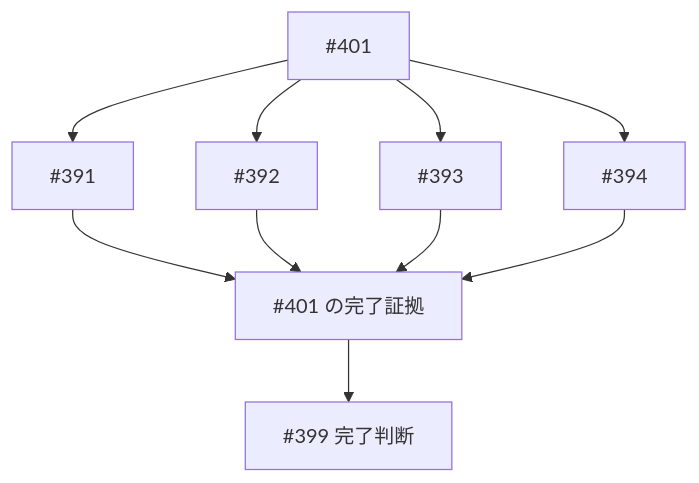
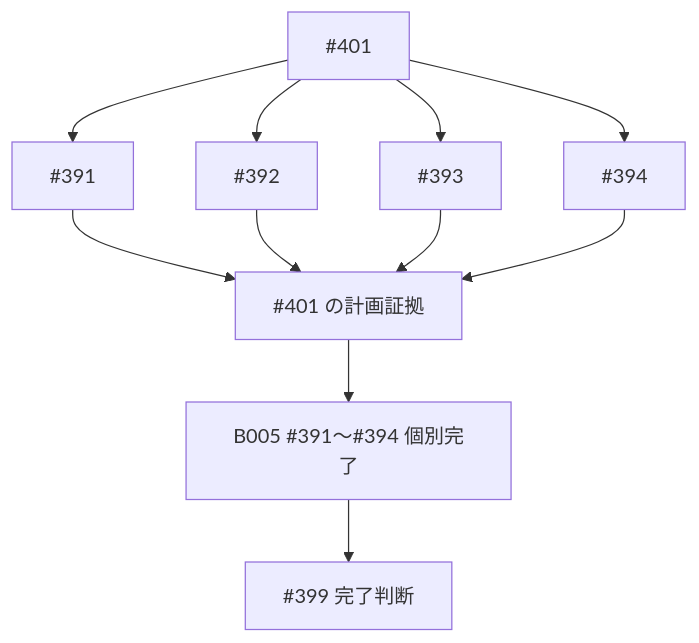
One commit to amadeus-dlc/amadeus changed the third of 5 diagrams in aidlc/spaces/default/intents/260703-amadeus-skill-english-rollout-plan/inception/refined-mockups/mockups.md. Above: the diagram before and after it, drawn with Mermaid. The commit also changed 9 other files, not shown here.

Commit message:
fix: clarify issue 401 planning evidence boundary

````diff
--- a/aidlc/spaces/default/intents/260703-amadeus-skill-english-rollout-plan/inception/refined-mockups/mockups.md
+++ b/aidlc/spaces/default/intents/260703-amadeus-skill-english-rollout-plan/inception/refined-mockups/mockups.md
@@ -58,20 +58,22 @@
 ```mermaid
 flowchart TD
   issue401["#401"]
   issue391["#391"]
   issue392["#392"]
   issue393["#393"]
   issue394["#394"]
-  evidence401["#401 の完了証拠"]
+  plan401["#401 の計画証拠"]
+  remaining["B005 #391〜#394 個別完了"]
   parent["#399 完了判断"]
 
   issue401 --> issue391
   issue401 --> issue392
   issue401 --> issue393
   issue401 --> issue394
-  issue391 --> evidence401
-  issue392 --> evidence401
-  issue393 --> evidence401
-  issue394 --> evidence401
-  evidence401 --> parent
+  issue391 --> plan401
+  issue392 --> plan401
+  issue393 --> plan401
+  issue394 --> plan401
+  plan401 --> remaining
+  remaining --> parent
 ```
````
